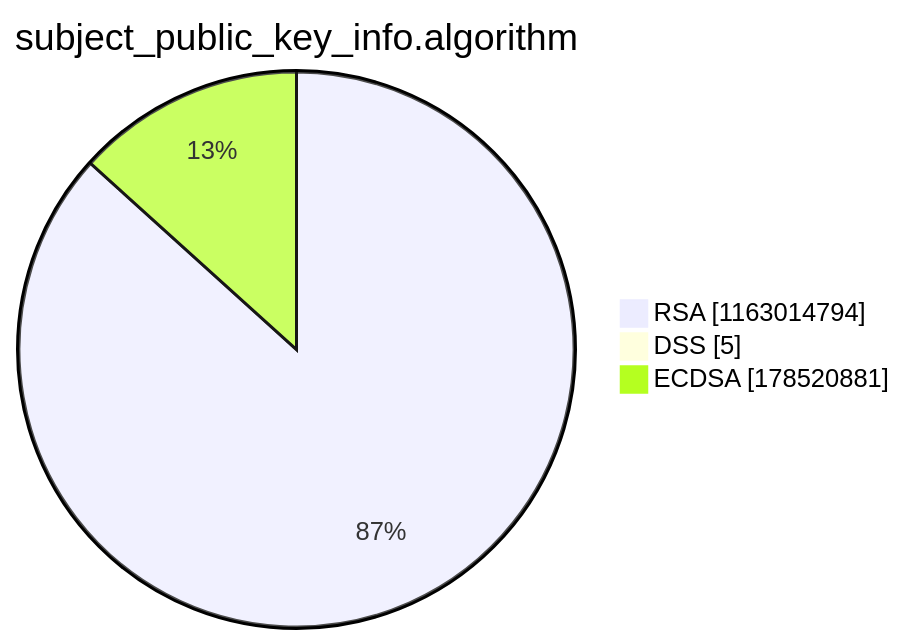
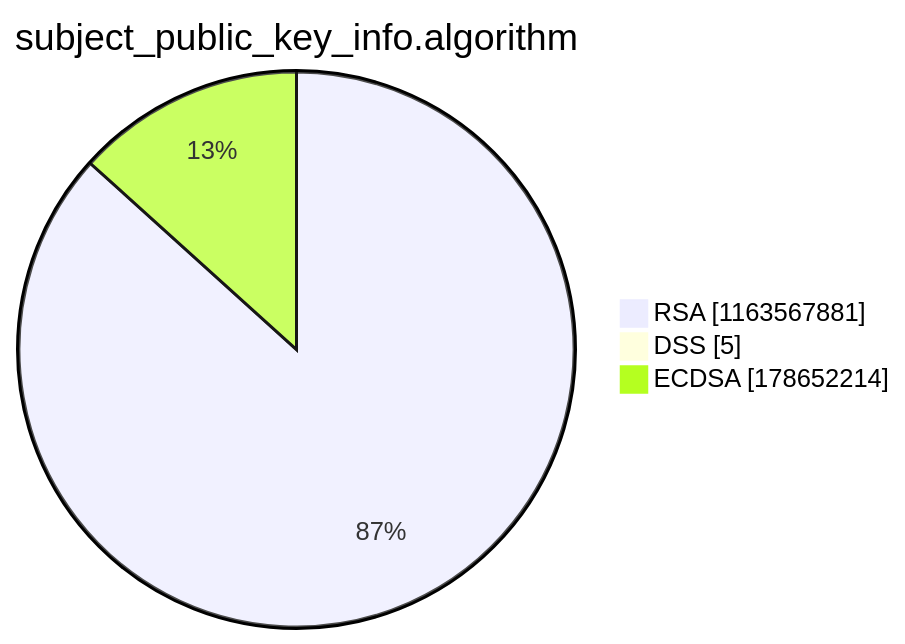
One commit to christiankrug/ctmonitor_visualization changed the third of 15 diagrams in argon2022/README.md. Above: the diagram before and after it, drawn with Mermaid. The commit also changed other lines of this file, not shown here.

````diff
--- a/argon2022/README.md
+++ b/argon2022/README.md
@@ -14,7 +14,7 @@
 ```mermaid
 pie showData
 title subject_public_key_info.algorithm
-"RSA" :1163014794
+"RSA" :1163567881
 "DSS" :5
-"ECDSA" :178520881
+"ECDSA" :178652214
 ```
````
